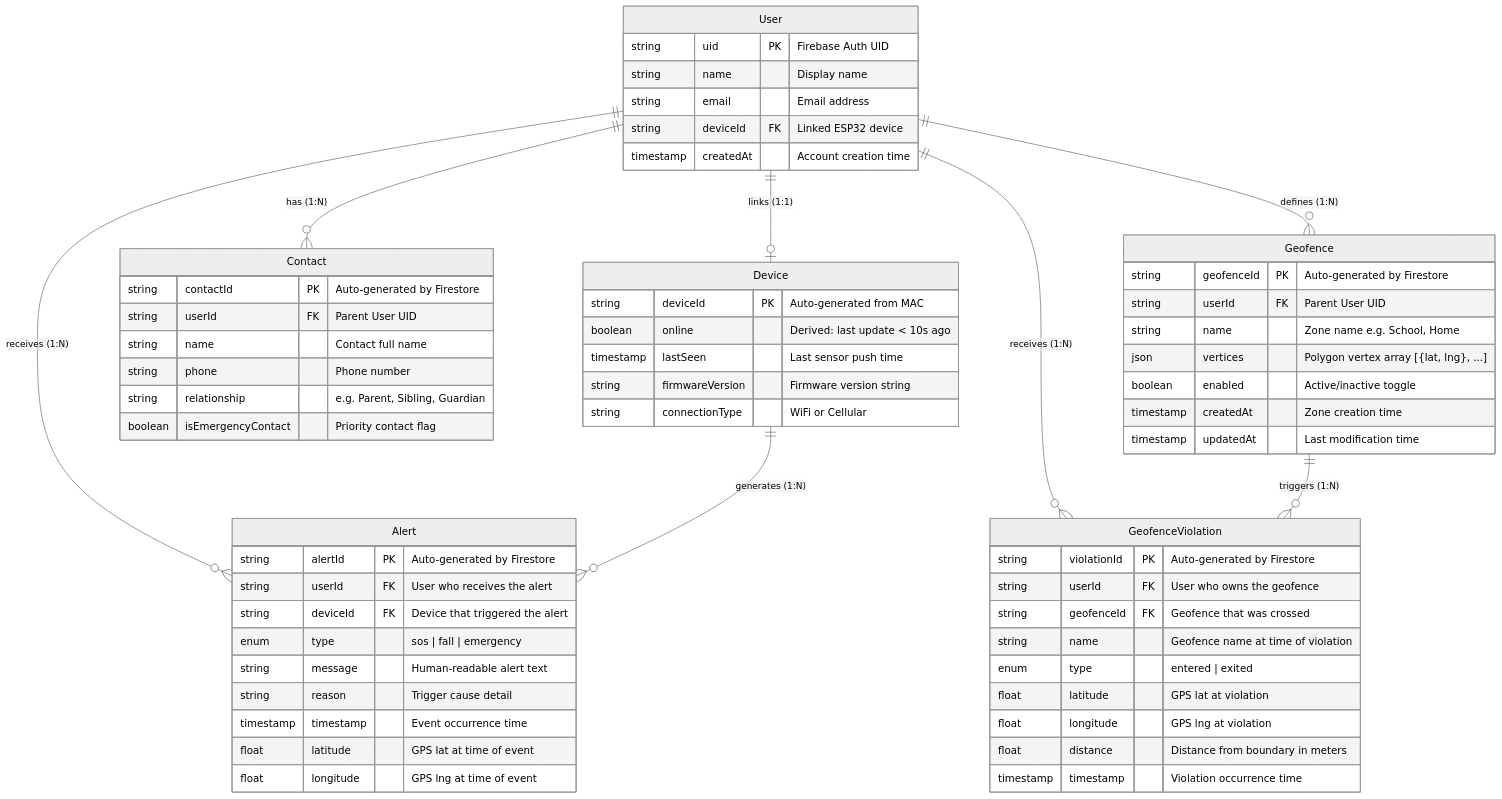
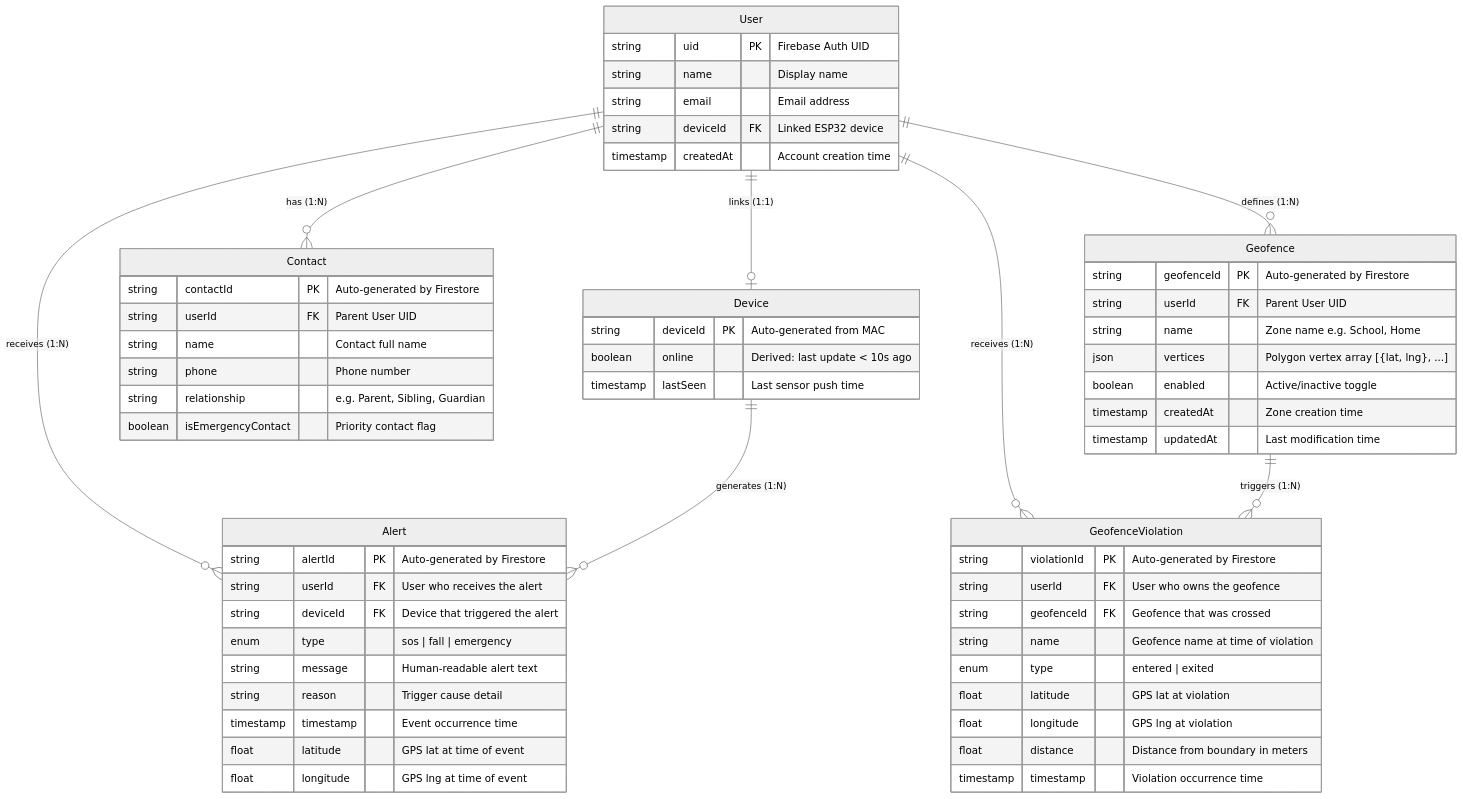
One commit to Tuma0991/PWPD changed the diagram in docs/entity-relationship-diagram.md. Above: the diagram before and after it, drawn with Mermaid (neutral theme). The commit also changed other lines of this file and 15 other files, not shown here.

Commit message:
chapter 3 diagrams

````diff
--- a/docs/entity-relationship-diagram.md
+++ b/docs/entity-relationship-diagram.md
@@ -7,69 +7,67 @@
 ```mermaid
 erDiagram
     User {
         string uid PK "Firebase Auth UID"
         string name "Display name"
         string email "Email address"
         string deviceId FK "Linked ESP32 device"
         timestamp createdAt "Account creation time"
     }
 
     Device {
         string deviceId PK "Auto-generated from MAC"
         boolean online "Derived: last update < 10s ago"
         timestamp lastSeen "Last sensor push time"
-        string firmwareVersion "Firmware version string"
-        string connectionType "WiFi or Cellular"
     }
 
     Contact {
         string contactId PK "Auto-generated by Firestore"
         string userId FK "Parent User UID"
         string name "Contact full name"
         string phone "Phone number"
         string relationship "e.g. Parent, Sibling, Guardian"
         boolean isEmergencyContact "Priority contact flag"
     }
 
     Geofence {
         string geofenceId PK "Auto-generated by Firestore"
         string userId FK "Parent User UID"
         string name "Zone name e.g. School, Home"
         json vertices "Polygon vertex array [{lat, lng}, ...]"
         boolean enabled "Active/inactive toggle"
         timestamp createdAt "Zone creation time"
         timestamp updatedAt "Last modification time"
     }
 
     Alert {
         string alertId PK "Auto-generated by Firestore"
         string userId FK "User who receives the alert"
         string deviceId FK "Device that triggered the alert"
         enum type "sos | fall | emergency"
         string message "Human-readable alert text"
         string reason "Trigger cause detail"
         timestamp timestamp "Event occurrence time"
         float latitude "GPS lat at time of event"
         float longitude "GPS lng at time of event"
     }
 
     GeofenceViolation {
         string violationId PK "Auto-generated by Firestore"
         string userId FK "User who owns the geofence"
         string geofenceId FK "Geofence that was crossed"
         string name "Geofence name at time of violation"
         enum type "entered | exited"
         float latitude "GPS lat at violation"
         float longitude "GPS lng at violation"
         float distance "Distance from boundary in meters"
         timestamp timestamp "Violation occurrence time"
     }
 
     User ||--o| Device : "links (1:1)"
     User ||--o{ Contact : "has (1:N)"
     User ||--o{ Geofence : "defines (1:N)"
     User ||--o{ Alert : "receives (1:N)"
     User ||--o{ GeofenceViolation : "receives (1:N)"
     Device ||--o{ Alert : "generates (1:N)"
     Geofence ||--o{ GeofenceViolation : "triggers (1:N)"
 ```
````
